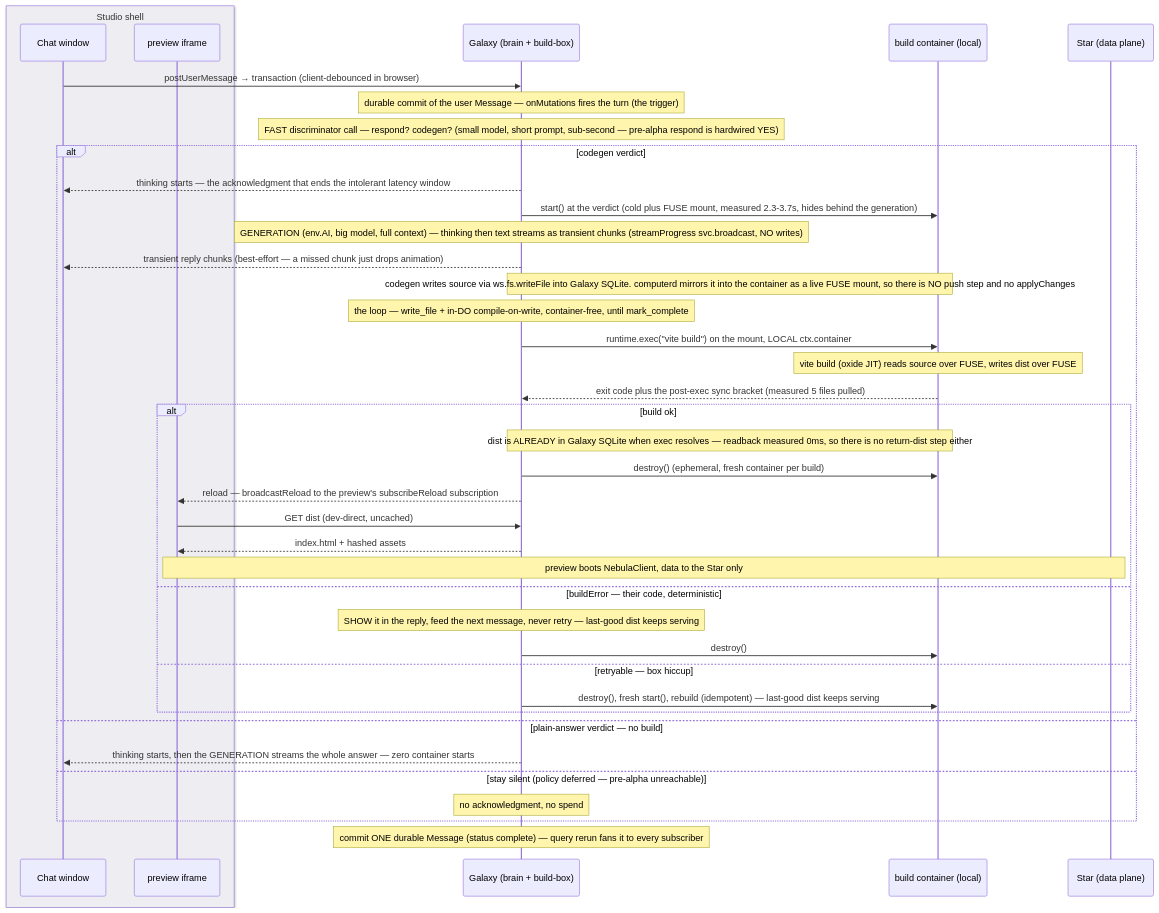
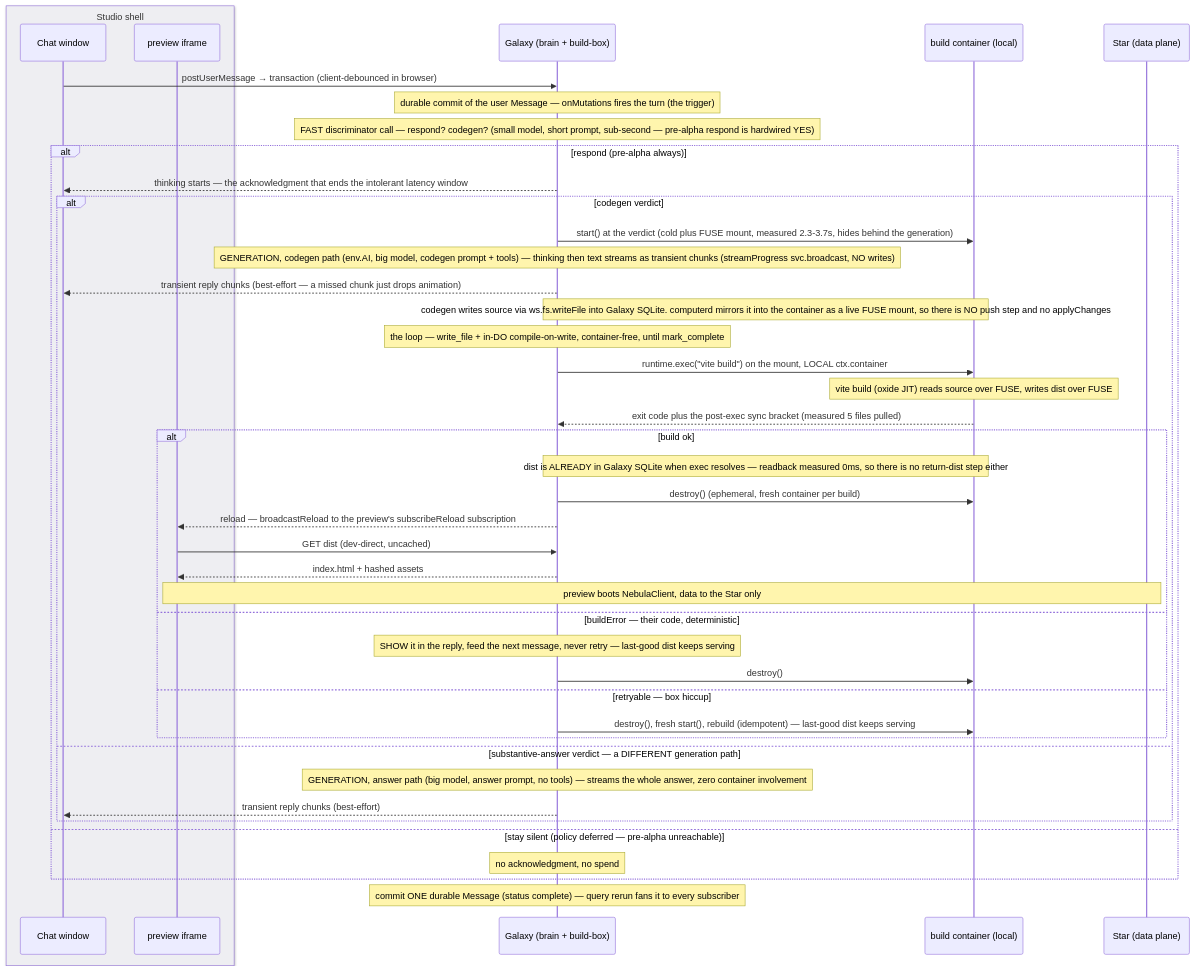
The first of 2 diagrams in tasks/nebula-galaxy-collapse-and-chat.md (lumenize/lumenize), drawn with Mermaid before and after one commit.

Commit message:
docs(collapse): nest the diagram on the two verdict axes (hand review)
The flat three-way alt hid the structure Larry meant: respond? is the
outer fork (its branch hoists the thinking acknowledgment, stated once
— the ack is placed by respond?, not codegen?), and inside it
codegen-vs-substantive is the inner fork between two DIFFERENT
big-model generation paths — codegen prompt + tools + container vs
answer prompt, no tools, zero container involvement. The substantive
path gets its own generation note and streaming instead of a one-line
afterthought. The build-outcome alt stays nested in the codegen leg.

````diff
--- a/tasks/nebula-galaxy-collapse-and-chat.md
+++ b/tasks/nebula-galaxy-collapse-and-chat.md
@@ -75,42 +75,45 @@
 ```mermaid
 sequenceDiagram
     box rgb(238,238,242) Studio shell
       participant Chat as Chat window
       participant P as preview iframe
     end
     participant G as Galaxy (brain + build-box)
     participant K as build container (local)
     participant Da as Star (data plane)
     Chat->>G: postUserMessage → transaction (client-debounced in browser)
     Note over G: durable commit of the user Message — onMutations fires the turn (the trigger)
     Note over G: FAST discriminator call — respond? codegen? (small model, short prompt, sub-second — pre-alpha respond is hardwired YES)
-    alt codegen verdict
+    alt respond (pre-alpha always)
       G-->>Chat: thinking starts — the acknowledgment that ends the intolerant latency window
-      G->>K: start() at the verdict (cold plus FUSE mount, measured 2.3-3.7s, hides behind the generation)
-      Note over G: GENERATION (env.AI, big model, full context) — thinking then text streams as transient chunks (streamProgress svc.broadcast, NO writes)
-      G-->>Chat: transient reply chunks (best-effort — a missed chunk just drops animation)
-      Note over G,K: codegen writes source via ws.fs.writeFile into Galaxy SQLite. computerd mirrors it into the container as a live FUSE mount, so there is NO push step and no applyChanges
-      Note over G: the loop — write_file + in-DO compile-on-write, container-free, until mark_complete
-      G->>K: runtime.exec("vite build") on the mount, LOCAL ctx.container
-      Note over K: vite build (oxide JIT) reads source over FUSE, writes dist over FUSE
-      K-->>G: exit code plus the post-exec sync bracket (measured 5 files pulled)
-      alt build ok
-        Note over G,K: dist is ALREADY in Galaxy SQLite when exec resolves — readback measured 0ms, so there is no return-dist step either
-        G->>K: destroy() (ephemeral, fresh container per build)
-        G-->>P: reload — broadcastReload to the preview's subscribeReload subscription
-        P->>G: GET dist (dev-direct, uncached)
-        G-->>P: index.html + hashed assets
-        Note over P,Da: preview boots NebulaClient, data to the Star only
-      else buildError — their code, deterministic
-        Note over G: SHOW it in the reply, feed the next message, never retry — last-good dist keeps serving
-        G->>K: destroy()
-      else retryable — box hiccup
-        G->>K: destroy(), fresh start(), rebuild (idempotent) — last-good dist keeps serving
+      alt codegen verdict
+        G->>K: start() at the verdict (cold plus FUSE mount, measured 2.3-3.7s, hides behind the generation)
+        Note over G: GENERATION, codegen path (env.AI, big model, codegen prompt + tools) — thinking then text streams as transient chunks (streamProgress svc.broadcast, NO writes)
+        G-->>Chat: transient reply chunks (best-effort — a missed chunk just drops animation)
+        Note over G,K: codegen writes source via ws.fs.writeFile into Galaxy SQLite. computerd mirrors it into the container as a live FUSE mount, so there is NO push step and no applyChanges
+        Note over G: the loop — write_file + in-DO compile-on-write, container-free, until mark_complete
+        G->>K: runtime.exec("vite build") on the mount, LOCAL ctx.container
+        Note over K: vite build (oxide JIT) reads source over FUSE, writes dist over FUSE
+        K-->>G: exit code plus the post-exec sync bracket (measured 5 files pulled)
+        alt build ok
+          Note over G,K: dist is ALREADY in Galaxy SQLite when exec resolves — readback measured 0ms, so there is no return-dist step either
+          G->>K: destroy() (ephemeral, fresh container per build)
+          G-->>P: reload — broadcastReload to the preview's subscribeReload subscription
+          P->>G: GET dist (dev-direct, uncached)
+          G-->>P: index.html + hashed assets
+          Note over P,Da: preview boots NebulaClient, data to the Star only
+        else buildError — their code, deterministic
+          Note over G: SHOW it in the reply, feed the next message, never retry — last-good dist keeps serving
+          G->>K: destroy()
+        else retryable — box hiccup
+          G->>K: destroy(), fresh start(), rebuild (idempotent) — last-good dist keeps serving
+        end
+      else substantive-answer verdict — a DIFFERENT generation path
+        Note over G: GENERATION, answer path (big model, answer prompt, no tools) — streams the whole answer, zero container involvement
+        G-->>Chat: transient reply chunks (best-effort)
       end
-    else plain-answer verdict — no build
-      G-->>Chat: thinking starts, then the GENERATION streams the whole answer — zero container starts
     else stay silent (policy deferred — pre-alpha unreachable)
       Note over G: no acknowledgment, no spend
     end
     Note over G: commit ONE durable Message (status complete) — query rerun fans it to every subscriber
 ```
````
